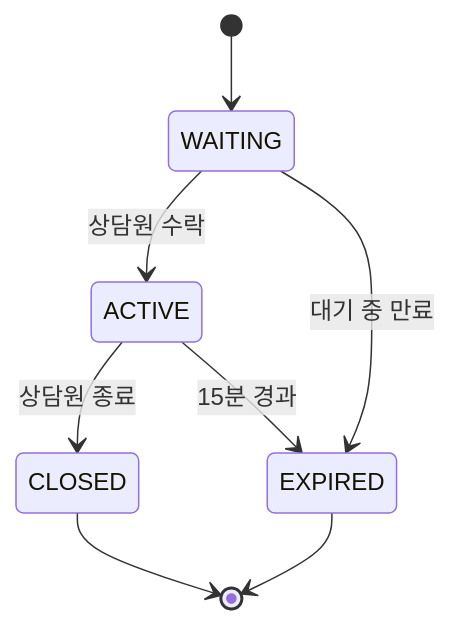
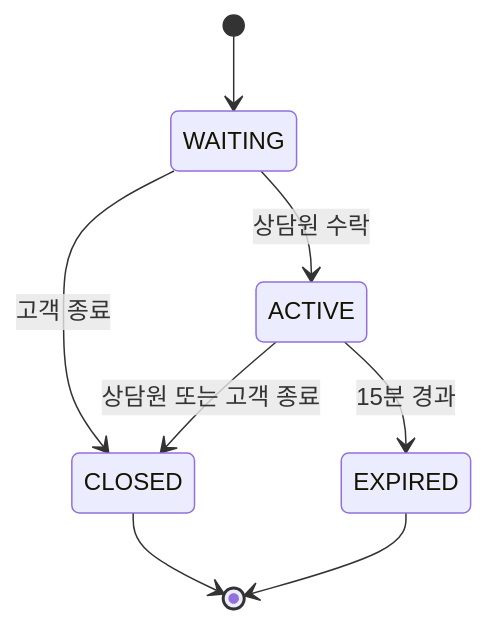
The second of 6 diagrams in docs/00_Base_Specification.md (miffy9999/RemotePlus_Chat), drawn with Mermaid before and after one commit. The commit also changed other lines of this file and 35 other files, not shown here.

````diff
--- a/docs/00_Base_Specification.md
+++ b/docs/00_Base_Specification.md
@@ -367,10 +367,10 @@
 ```mermaid
 stateDiagram-v2
     [*] --> WAITING
     WAITING --> ACTIVE: 상담원 수락
-    WAITING --> EXPIRED: 대기 중 만료
-    ACTIVE --> CLOSED: 상담원 종료
+    WAITING --> CLOSED: 고객 종료
+    ACTIVE --> CLOSED: 상담원 또는 고객 종료
     ACTIVE --> EXPIRED: 15분 경과
     CLOSED --> [*]
     EXPIRED --> [*]
 ```
````
